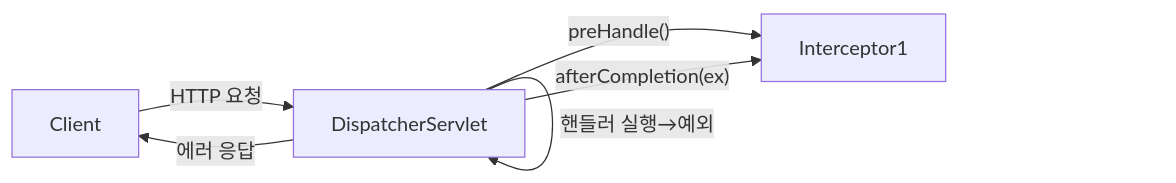
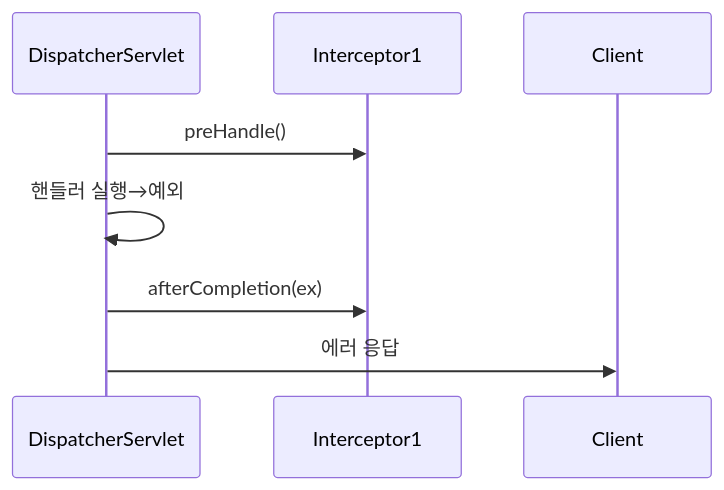
Before and after one commit to yjkim2015/yjkim2015.github.io: the fifth of 8 diagrams in _posts/spring/2026-05-02-spring-interceptor.md, drawn with Mermaid. The commit also changed other lines of this file and 89 other files, not shown here.

First line of the commit message:
복잡한 flowchart 163개 → sequenceDiagram 변환 (90파일)

````diff
--- a/_posts/spring/2026-05-02-spring-interceptor.md
+++ b/_posts/spring/2026-05-02-spring-interceptor.md
@@ -341,8 +339,7 @@
 ```mermaid
-graph LR
-    C["Client"] -->|"HTTP 요청"| DS["DispatcherServlet"]
-    DS -->|"preHandle()"| I1["Interceptor1"]
-    DS -->|"핸들러 실행→예외"| DS
-    DS -->|"afterCompletion(ex)"| I1
-    DS -->|"에러 응답"| C
+sequenceDiagram
+    DispatcherServlet->>Interceptor1: preHandle()
+    DispatcherServlet->>DispatcherServlet: 핸들러 실행→예외
+    DispatcherServlet->>Interceptor1: afterCompletion(ex)
+    DispatcherServlet->>Client: 에러 응답
 ```
````
